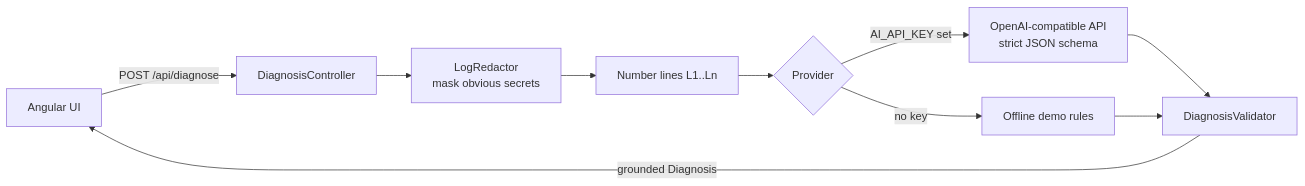
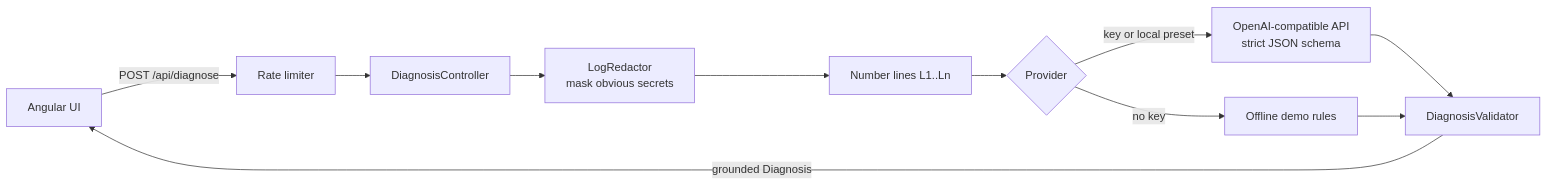
One commit to kp08052000/pipeline-failure-explainer changed the diagram in README.md. Above: the diagram before and after it, drawn with Mermaid. The commit also changed other lines of this file and 17 other files, not shown here.

````diff
--- a/README.md
+++ b/README.md
@@ -26,12 +79,13 @@
 ```mermaid
 flowchart LR
-  UI[Angular UI] -->|POST /api/diagnose| C[DiagnosisController]
+  UI[Angular UI] -->|POST /api/diagnose| RL[Rate limiter]
+  RL --> C[DiagnosisController]
   C --> R[LogRedactor<br/>mask obvious secrets]
   R --> N[Number lines L1..Ln]
   N --> P{Provider}
-  P -->|AI_API_KEY set| AI[OpenAI-compatible API<br/>strict JSON schema]
+  P -->|key or local preset| AI[OpenAI-compatible API<br/>strict JSON schema]
   P -->|no key| OR[Offline demo rules]
   AI --> V[DiagnosisValidator]
   OR --> V
   V -->|grounded Diagnosis| UI
 ```
````
